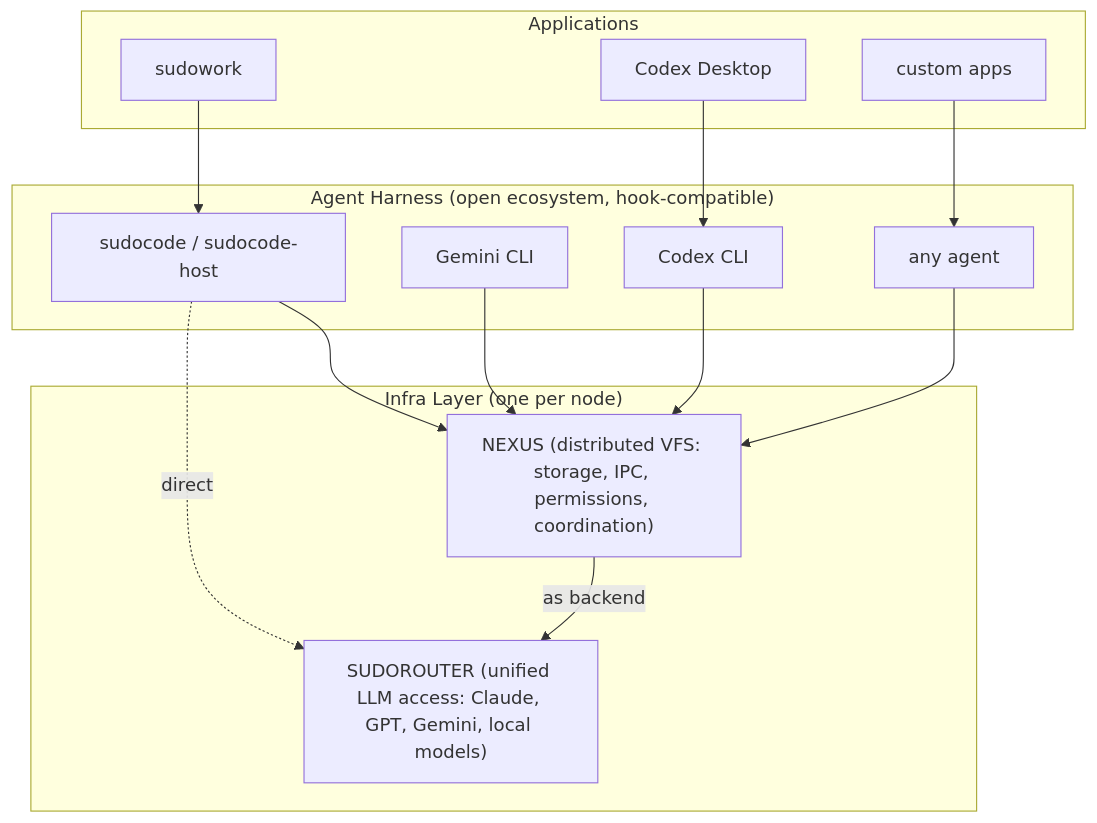
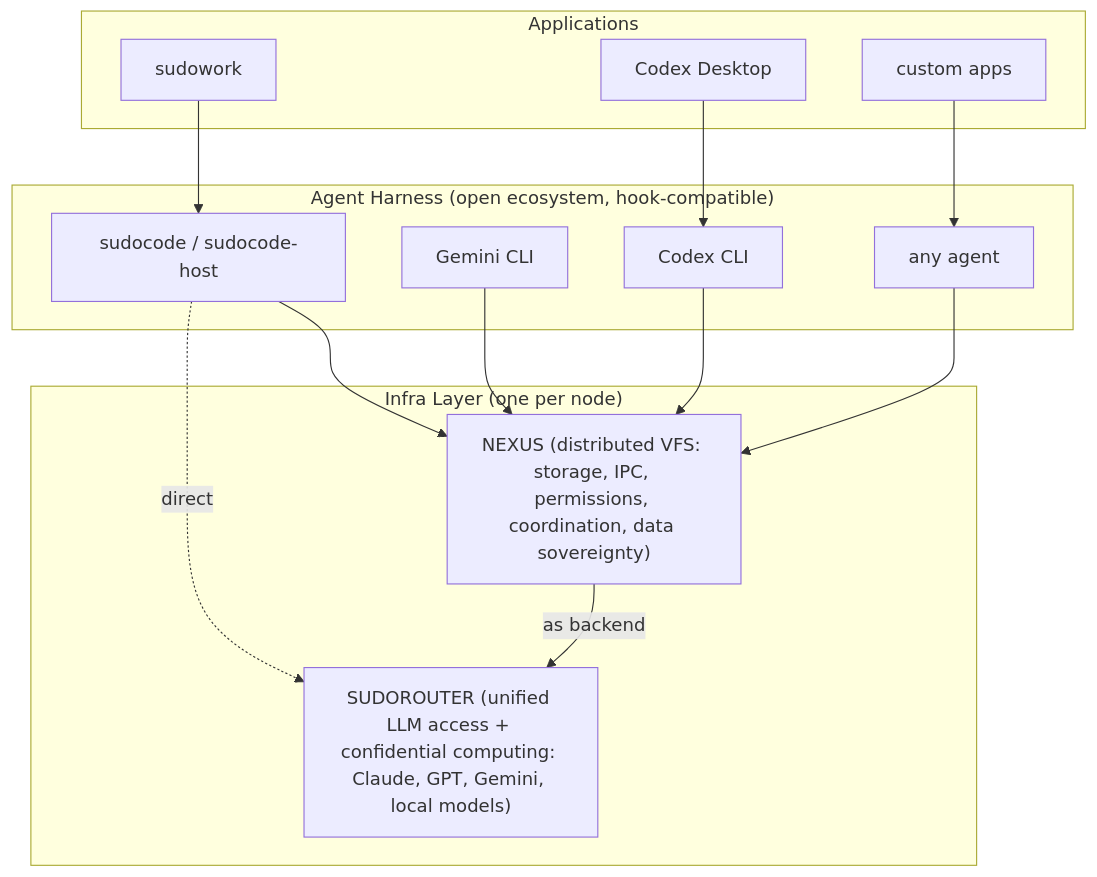
Before and after one commit to nexi-lab/nexus: the first of 2 diagrams in README.md, drawn with Mermaid. The commit also changed other lines of this file, not shown here.

First line of the commit message:
docs(readme): highlight data sovereignty and privacy computing capabilities

````diff
--- a/README.md
+++ b/README.md
@@ -66,30 +67,30 @@
 ```mermaid
 graph TD
     subgraph Applications
         SW[sudowork]
         CD[Codex Desktop]
         CA[custom apps]
     end
 
     subgraph Agent_Harness ["Agent Harness (open ecosystem, hook-compatible)"]
         SC[sudocode / sudocode-host]
         GC[Gemini CLI]
         CX[Codex CLI]
         AH[any agent]
     end
 
     subgraph Infra ["Infra Layer (one per node)"]
-        NX["NEXUS (distributed VFS: storage, IPC, permissions, coordination)"]
-        SR["SUDOROUTER (unified LLM access: Claude, GPT, Gemini, local models)"]
+        NX["NEXUS (distributed VFS: storage, IPC, permissions, coordination, data sovereignty)"]
+        SR["SUDOROUTER (unified LLM access + confidential computing: Claude, GPT, Gemini, local models)"]
     end
 
     SW --> SC
     CD --> CX
     CA --> AH
     SC --> NX
     GC --> NX
     CX --> NX
     AH --> NX
     SC -.->|direct| SR
     NX -->|as backend| SR
 ```
````
